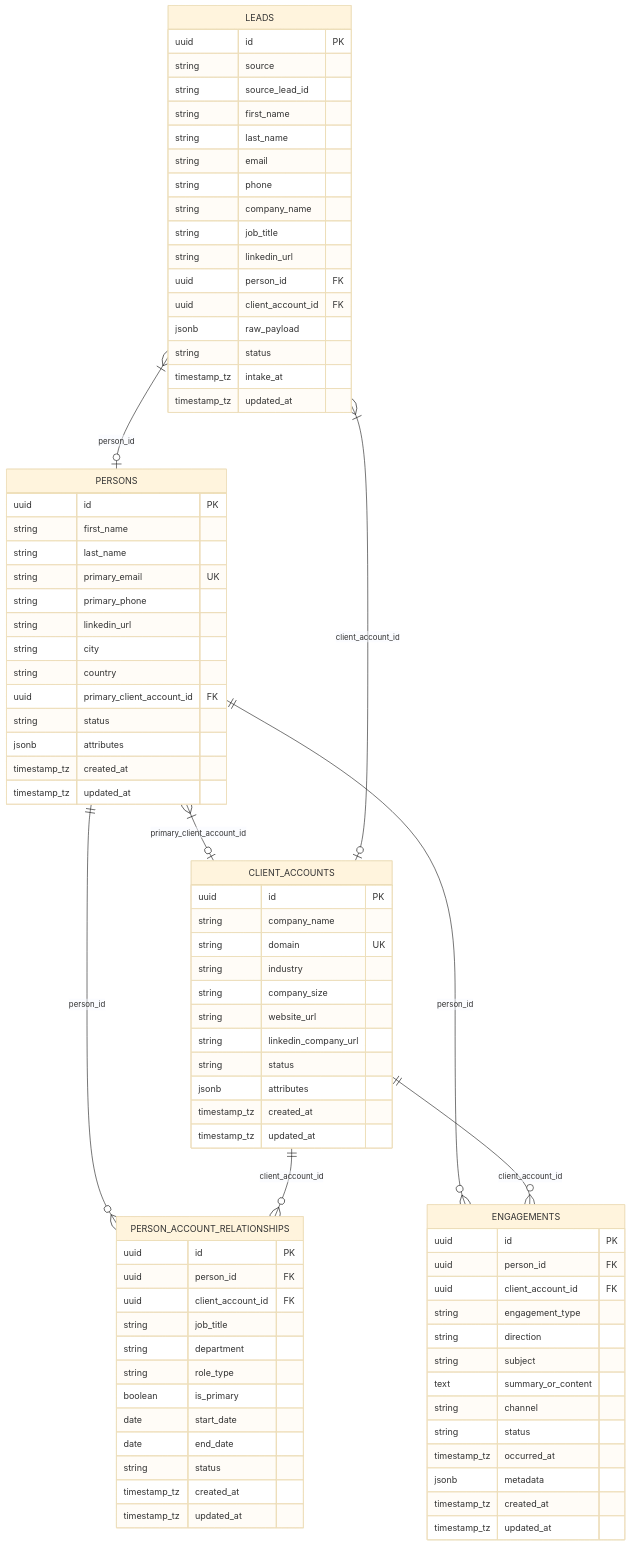
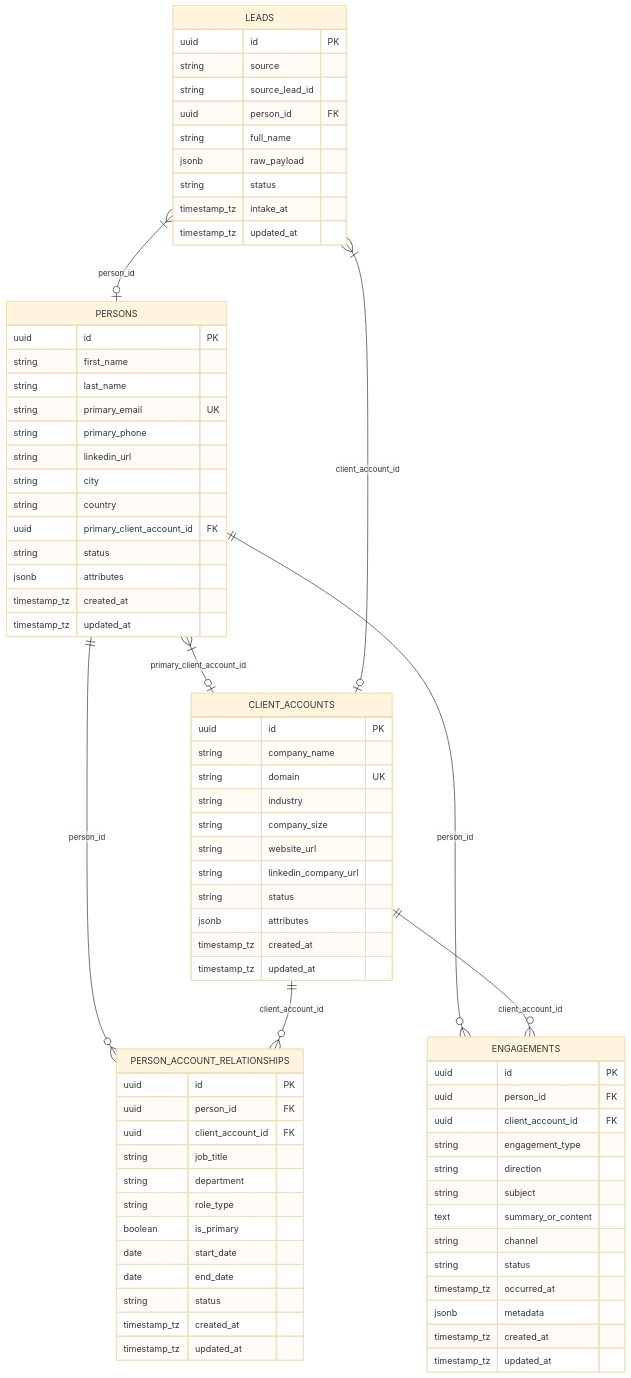
Before and after one commit to Data-Biz-AI-Consultancy/Jager: the diagram in src/db/README.md, drawn with Mermaid (base theme). The commit also changed 4 other files, not shown here.

Commit message:
refactor: replace individual name and metadata fields in leads table with consolidated full_name column

```diff
--- a/src/db/README.md
+++ b/src/db/README.md
@@ -42,15 +42,8 @@
         uuid id PK
         string source
         string source_lead_id
-        string first_name
-        string last_name
-        string email
-        string phone
-        string company_name
-        string job_title
-        string linkedin_url
         uuid person_id FK
-        uuid client_account_id FK
+        string full_name
         jsonb raw_payload
         string status
         timestamp_tz intake_at
```
